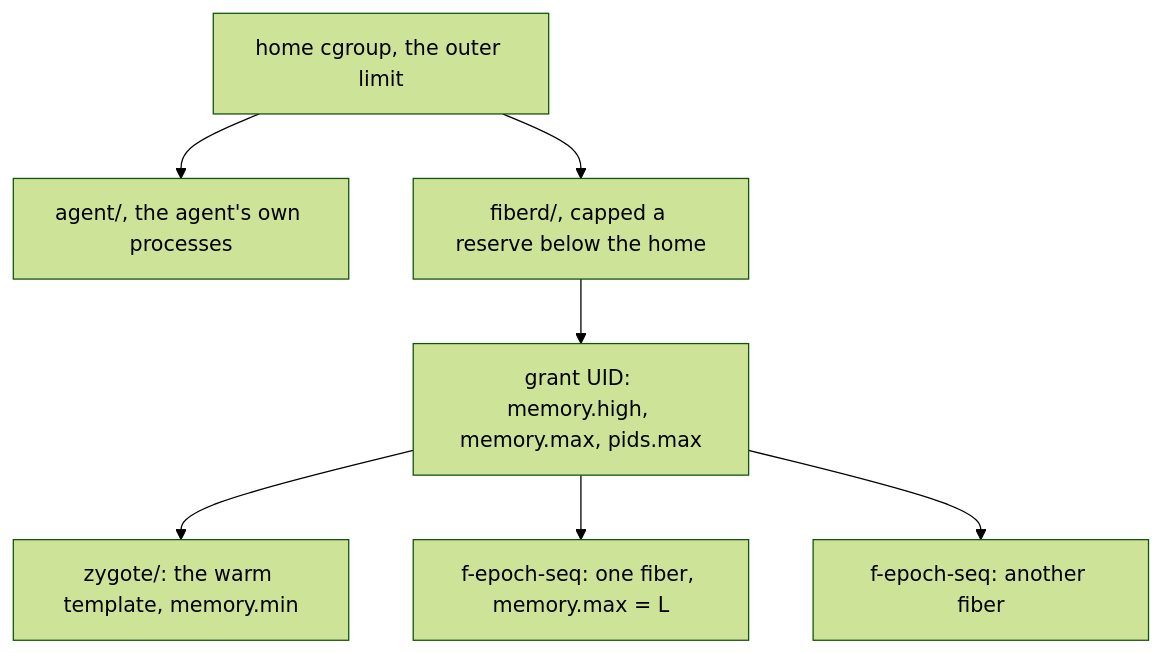
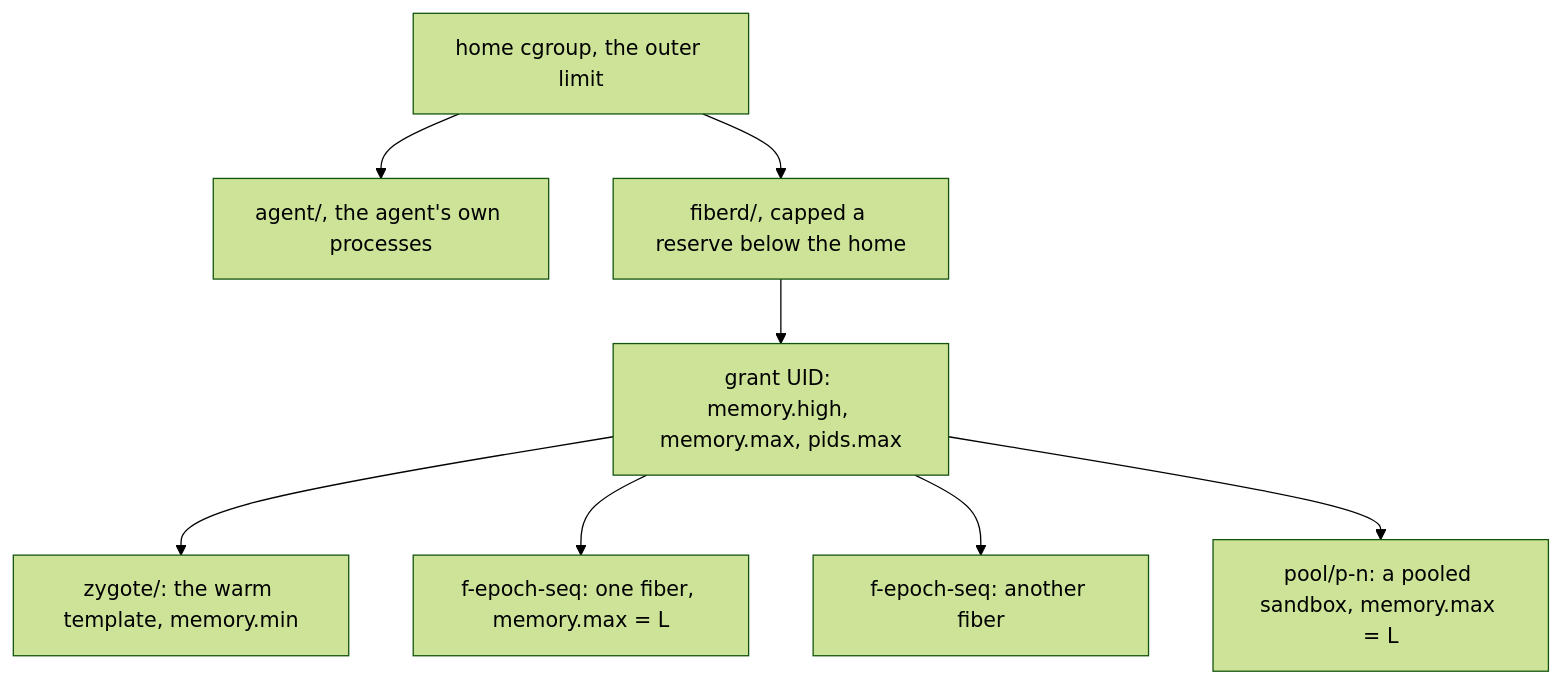
Before and after one commit to helayoty/fiberd: the diagram in docs/design/resources.md, drawn with Mermaid (forest theme). The commit also changed other lines of this file and 10 other files, not shown here.

````diff
--- a/docs/design/resources.md
+++ b/docs/design/resources.md
@@ -11,9 +11,10 @@
 ```mermaid
 flowchart TB
   H["home cgroup, the outer limit"] --> A["agent/, the agent's own processes"]
   H --> R["fiberd/, capped a reserve below the home"]
   R --> G["grant UID: memory.high, memory.max, pids.max"]
   G --> Z["zygote/: the warm template, memory.min"]
   G --> F1["f-epoch-seq: one fiber, memory.max = L"]
   G --> F2["f-epoch-seq: another fiber"]
+  G --> P["pool/p-n: a pooled sandbox, memory.max = L"]
 ```
````
